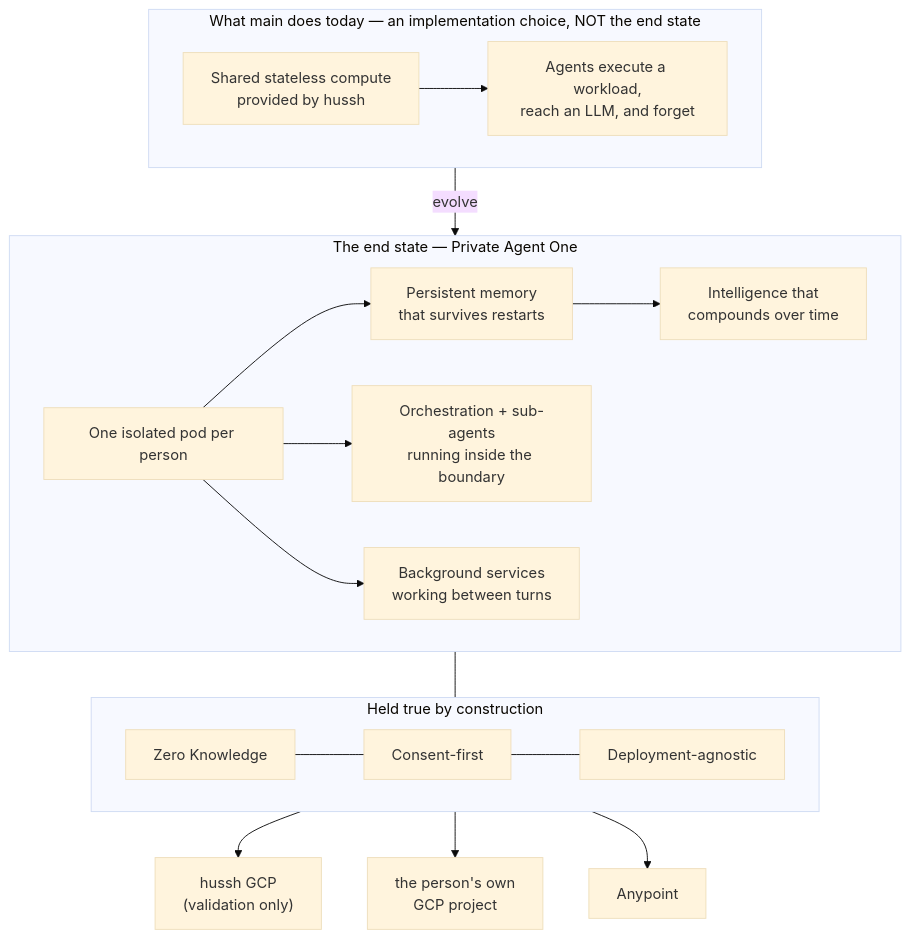
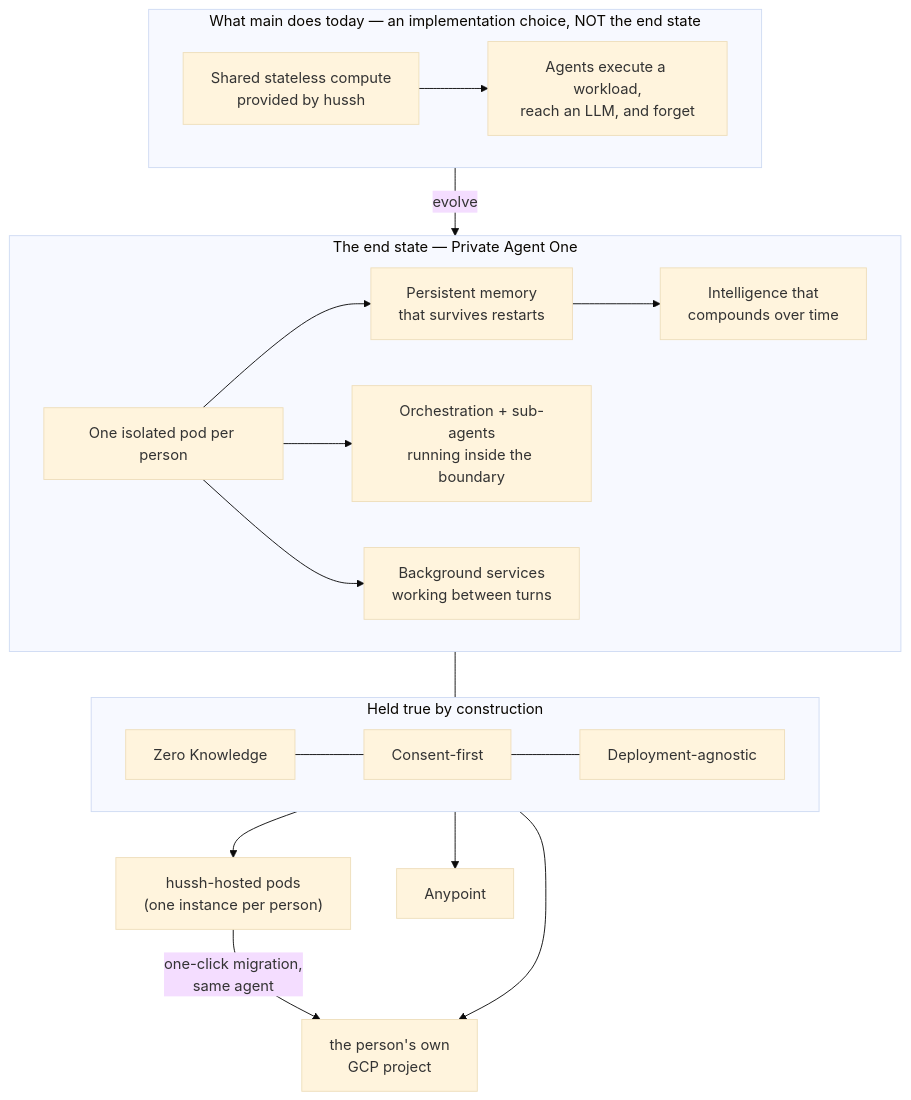
Before and after one commit to hushh-labs/hushh-research: the diagram in docs/reference/architecture/private-agent-north-star.md, drawn with Mermaid (base theme). The commit also changed other lines of this file and 18 other files, not shown here.

````diff
--- a/docs/reference/architecture/private-agent-north-star.md
+++ b/docs/reference/architecture/private-agent-north-star.md
@@ -13,20 +13,21 @@
 ```mermaid
 flowchart TB
   subgraph WAS["What main does today — an implementation choice, NOT the end state"]
     S1["Shared stateless compute<br/>provided by hussh"] --> S2["Agents execute a workload,<br/>reach an LLM, and forget"]
   end
   subgraph IS["The end state — Private Agent One"]
     P1["One isolated pod per person"] --> P2["Persistent memory<br/>that survives restarts"]
     P1 --> P3["Orchestration + sub-agents<br/>running inside the boundary"]
     P1 --> P4["Background services<br/>working between turns"]
     P2 --> P5["Intelligence that<br/>compounds over time"]
   end
   subgraph HOW["Held true by construction"]
     Z1["Zero Knowledge"] --- Z2["Consent-first"] --- Z3["Deployment-agnostic"]
   end
   WAS -->|"evolve"| IS
   IS --- HOW
-  HOW --> D1["hussh GCP<br/>(validation only)"]
+  HOW --> D1["hussh-hosted pods<br/>(one instance per person)"]
   HOW --> D2["the person's own<br/>GCP project"]
   HOW --> D3["Anypoint"]
+  D1 -->|"one-click migration,<br/>same agent"| D2
 ```
````
